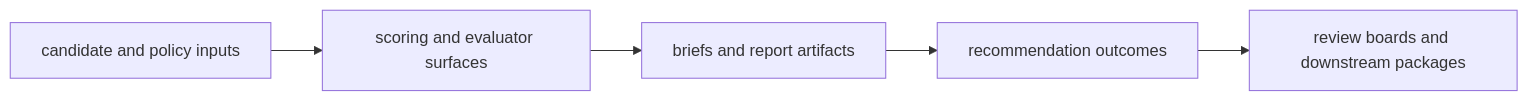
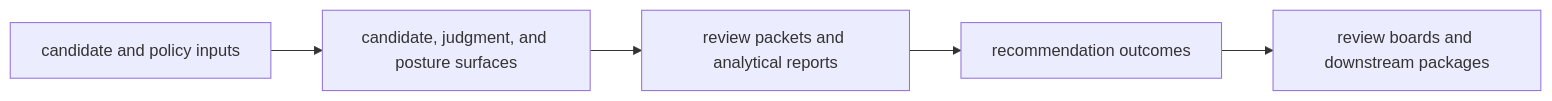
The diagram in docs/05-bijux-proteomics-intelligence/interfaces/index.md (bijux/bijux-proteomics), drawn with Mermaid before and after one commit. The commit also changed other lines of this file and 35 other files, not shown here.

````diff
--- a/docs/05-bijux-proteomics-intelligence/interfaces/index.md
+++ b/docs/05-bijux-proteomics-intelligence/interfaces/index.md
@@ -18,10 +18,10 @@
 ```mermaid
 flowchart LR
     inputs["candidate and policy inputs"]
-    scoring["scoring and evaluator surfaces"]
-    briefs["briefs and report artifacts"]
+    scoring["candidate, judgment, and posture surfaces"]
+    briefs["review packets and analytical reports"]
     outcomes["recommendation outcomes"]
     review["review boards and downstream packages"]
 
     inputs --> scoring --> briefs --> outcomes --> review
 ```
````
